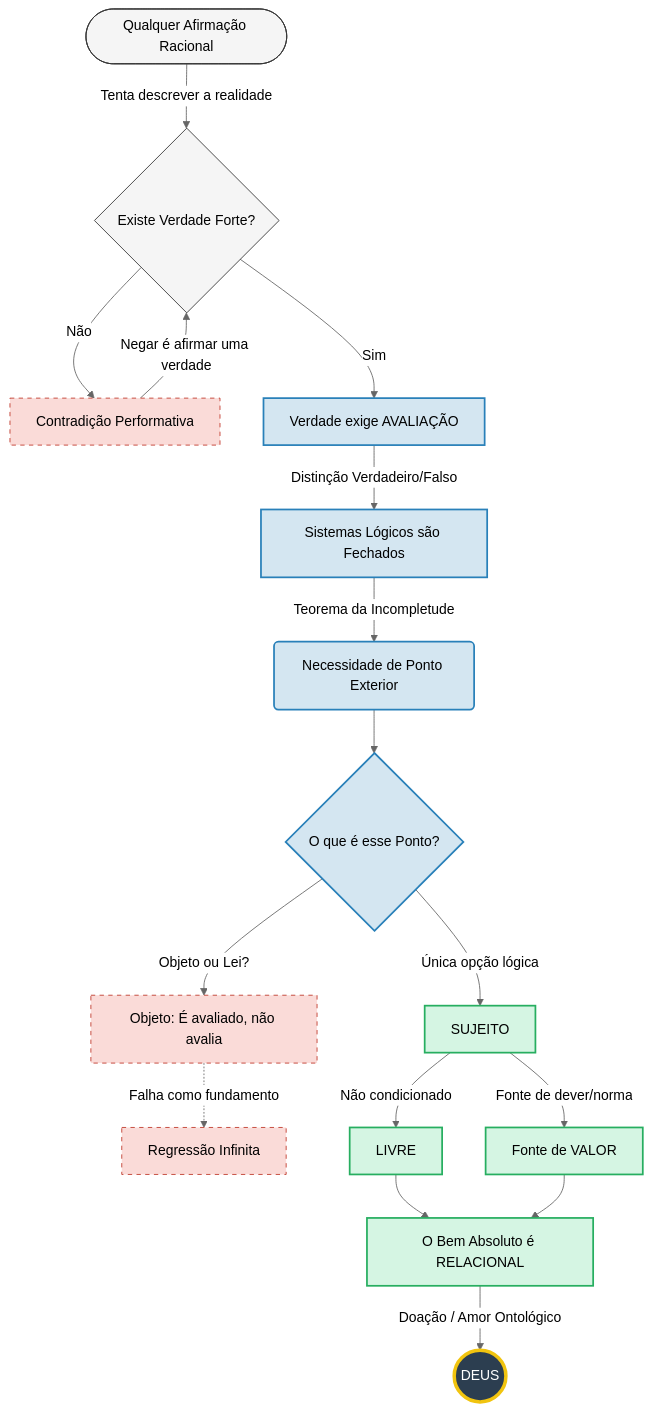
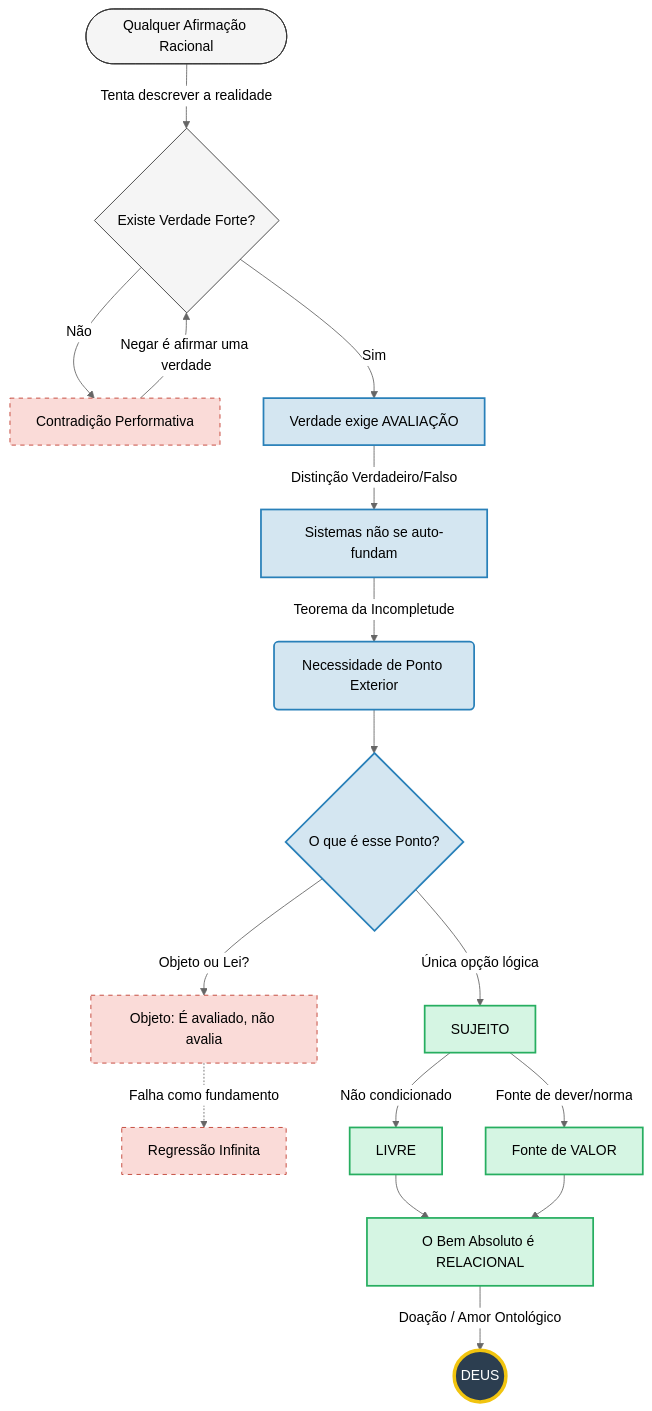
One commit to tty-pt/logos changed the diagram in README.md. Above: the diagram before and after it, drawn with Mermaid (neutral theme). The commit also changed other lines of this file, not shown here.

````diff
--- a/README.md
+++ b/README.md
@@ -498,42 +452,42 @@
 ```mermaid
 graph TD
     %% Definição de Estilos para clareza visual
     classDef base fill:#f5f5f5,stroke:#333,stroke-width:1px;
     classDef logic fill:#d4e6f1,stroke:#2980b9,stroke-width:2px;
     classDef ontology fill:#d5f5e3,stroke:#27ae60,stroke-width:2px;
     classDef final fill:#2c3e50,stroke:#f1c40f,stroke-width:4px,color:#fff;
     classDef fail fill:#fadbd8,stroke:#c0392b,stroke-dasharray: 5 5;
 
     %% O Início
     Start([Qualquer Afirmação Racional]) -->|Tenta descrever a realidade| A{Existe Verdade Forte?}
     
     %% Passo 1: A Armadilha da Negação
     A -- "Não" --> B[Contradição Performativa]
     B -->|Negar é afirmar uma verdade| A
     
     %% Passo 2 e 3: A Lógica
     A -- "Sim" --> C[Verdade exige AVALIAÇÃO]
-    C -->|Distinção Verdadeiro/Falso| D[Sistemas Lógicos são Fechados]
+    C -->|Distinção Verdadeiro/Falso| D[Sistemas não se auto-fundam]
     D -->|Teorema da Incompletude| E(Necessidade de Ponto Exterior)
 
     %% Passo 4: A Natureza do Fundamento
     E --> F{O que é esse Ponto?}
     F -- "Objeto ou Lei?" --> G[Objeto: É avaliado, não avalia]
     G -.->|Falha como fundamento| H[Regressão Infinita]
     
     F -- "Única opção lógica" --> I[SUJEITO]
     
     %% Passo 5, 6 e 7: Os Atributos Divinos
     I -->|Não condicionado| J[LIVRE]
     I -->|Fonte de dever/norma| K[Fonte de VALOR]
     
     J & K --> L[O Bem Absoluto é RELACIONAL]
     L -->|Doação / Amor Ontológico| M((DEUS))
 
     %% Aplicação dos Estilos
     class Start,A base;
     class C,D,E,F logic;
     class I,J,K,L ontology;
     class M final;
     class B,G,H fail;
 ```
````
